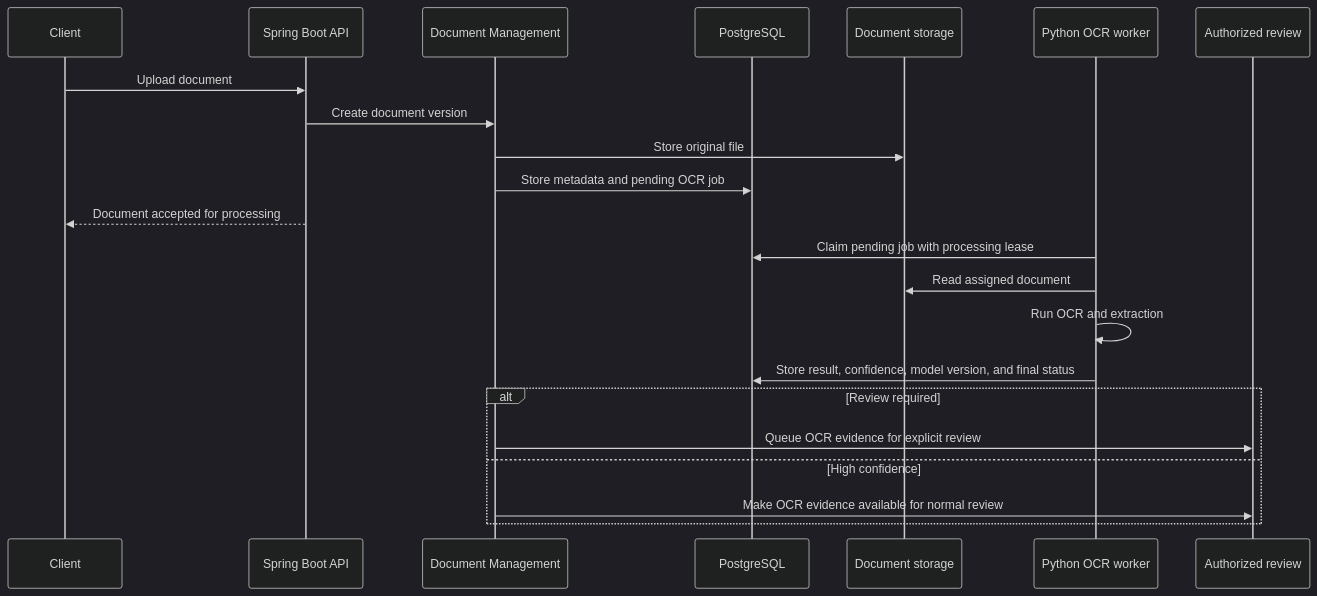
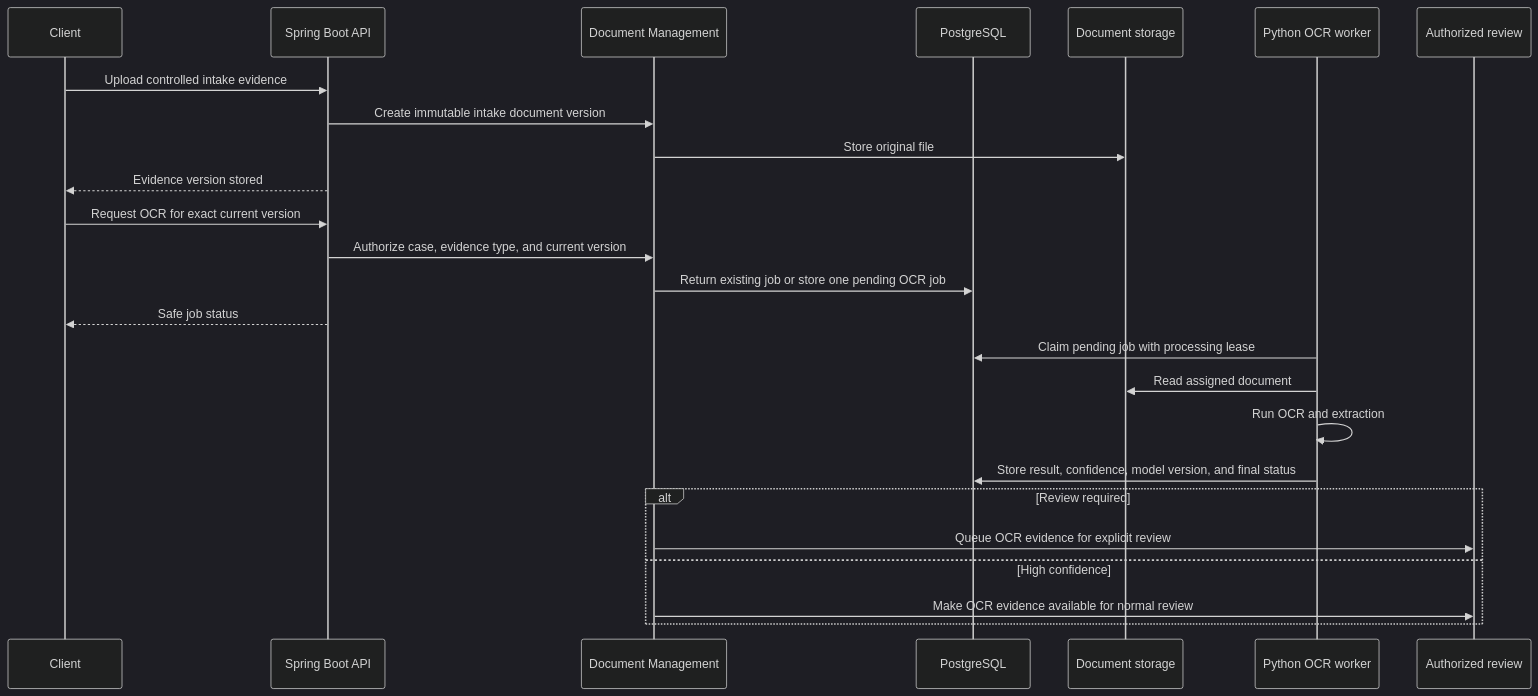
The second of 2 diagrams in docs/architecture/MER-ARCH-005-ocr-architecture.md (dongduy-dev/meridian-finance), drawn with Mermaid (dark theme) before and after one commit. The commit also changed other lines of this file and 79 other files, not shown here.

First line of the commit message:
feat(document): add OCR processing foundation (#110)

````diff
--- a/docs/architecture/MER-ARCH-005-ocr-architecture.md
+++ b/docs/architecture/MER-ARCH-005-ocr-architecture.md
@@ -132,27 +144,31 @@
 ```mermaid
 sequenceDiagram
     participant Client as Client
     participant API as Spring Boot API
     participant Document as Document Management
     participant DB as PostgreSQL
     participant Storage as Document storage
     participant OCR as Python OCR worker
     participant Review as Authorized review
 
-    Client->>API: Upload document
-    API->>Document: Create document version
+    Client->>API: Upload controlled intake evidence
+    API->>Document: Create immutable intake document version
     Document->>Storage: Store original file
-    Document->>DB: Store metadata and pending OCR job
-    API-->>Client: Document accepted for processing
+    API-->>Client: Evidence version stored
+
+    Client->>API: Request OCR for exact current version
+    API->>Document: Authorize case, evidence type, and current version
+    Document->>DB: Return existing job or store one pending OCR job
+    API-->>Client: Safe job status
 
     OCR->>DB: Claim pending job with processing lease
     OCR->>Storage: Read assigned document
     OCR->>OCR: Run OCR and extraction
     OCR->>DB: Store result, confidence, model version, and final status
 
     alt Review required
         Document->>Review: Queue OCR evidence for explicit review
     else High confidence
         Document->>Review: Make OCR evidence available for normal review
     end
 ```
````
